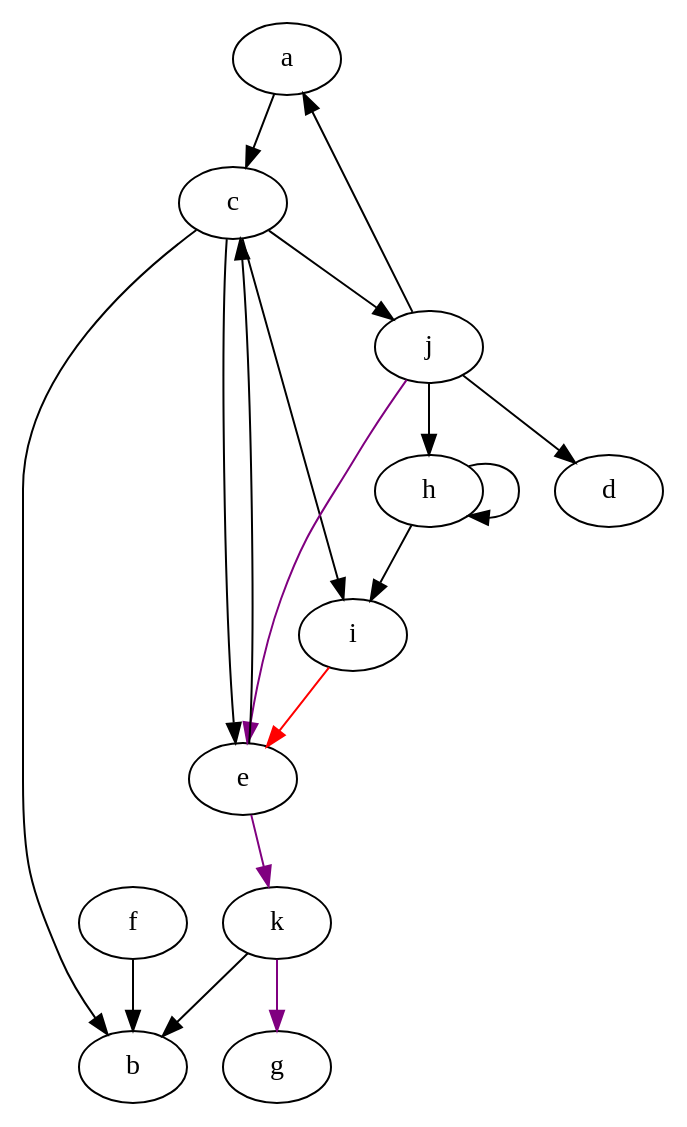
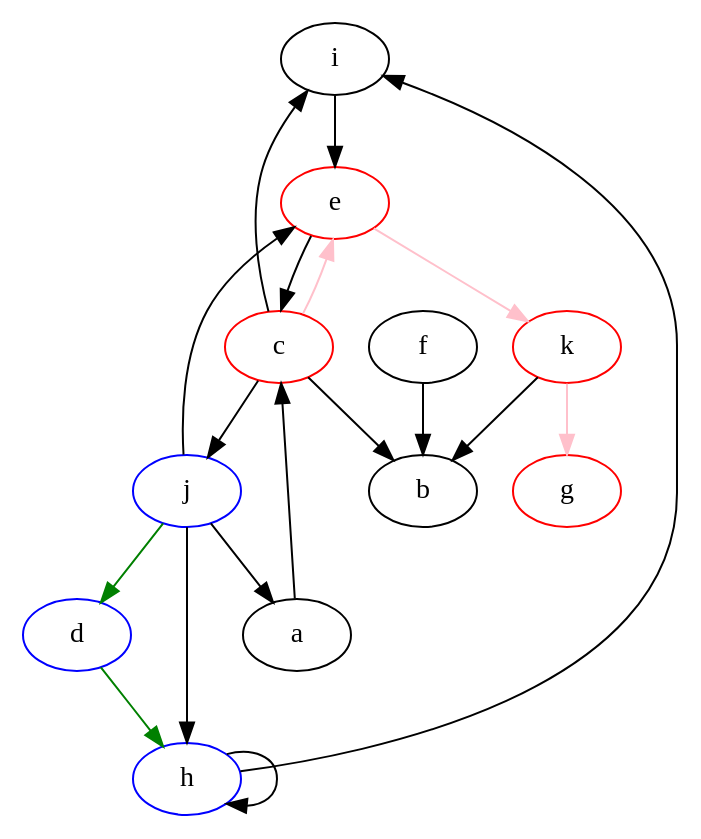
One commit to itsJohnny21/CSE-464-2024-jsalaz59 changed the diagram in mediumGraph.dot. Above: the diagram before and after it, drawn with Graphviz. The commit also changed 6 other files, not shown here.

```diff
--- a/mediumGraph.dot
+++ b/mediumGraph.dot
@@ -1,31 +1,32 @@
 digraph {
+	i [];
+	e [color="red"];
+	c [color="red"];
+	b [];
+	j [color="blue"];
+	f [];
+	d [color="blue"];
+	h [color="blue"];
 	a [];
-	c [];
-	g [];
-	k [];
-	b [];
-	j [];
-	e [];
-	d [];
-	h [];
-	i [];
-	f [];
+	k [color="red"];
+	g [color="red"];
 
-	a -> c [];
-	k -> g [color="purple"];
-	k -> b [];
-	j -> a [];
-	j -> e [color="purple"];
-	j -> d [];
-	j -> h [];
-	i -> e [color="red"];
+	i -> e [];
+	c -> b [];
+	c -> e [color="pink"];
+	c -> j [];
+	c -> i [];
 	f -> b [];
-	e -> k [color="purple"];
-	e -> c [];
+	d -> h [color="green"];
 	h -> h [];
 	h -> i [];
-	c -> b [];
-	c -> e [];
-	c -> j [];
-	c -> i [];
+	a -> c [];
+	k -> g [color="pink"];
+	k -> b [];
+	e -> k [color="pink"];
+	e -> c [];
+	j -> a [];
+	j -> e [];
+	j -> d [color="green"];
+	j -> h [];
 }
```
